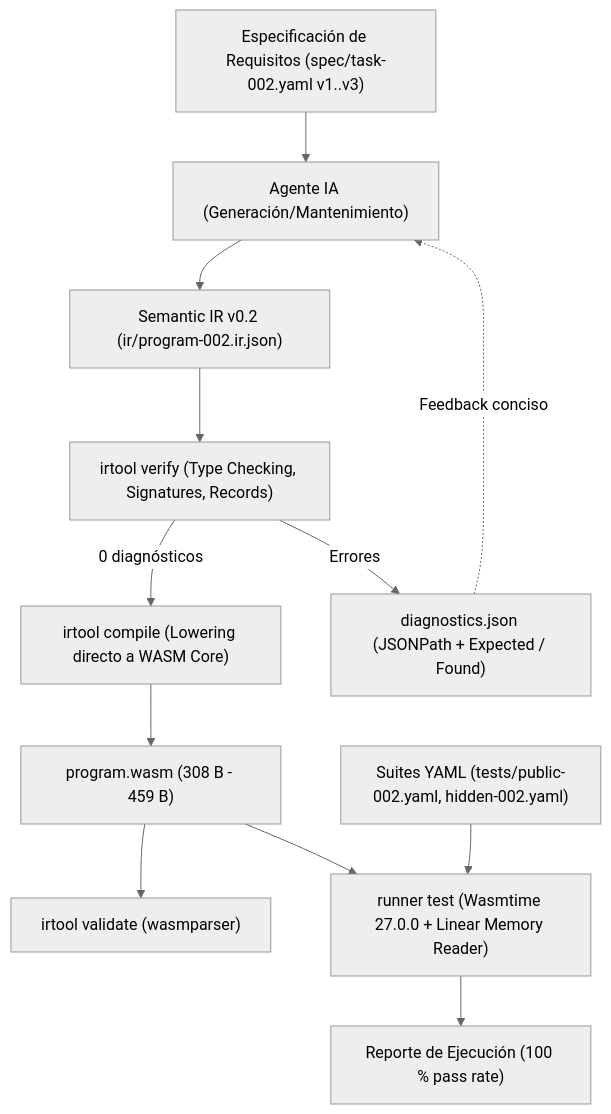
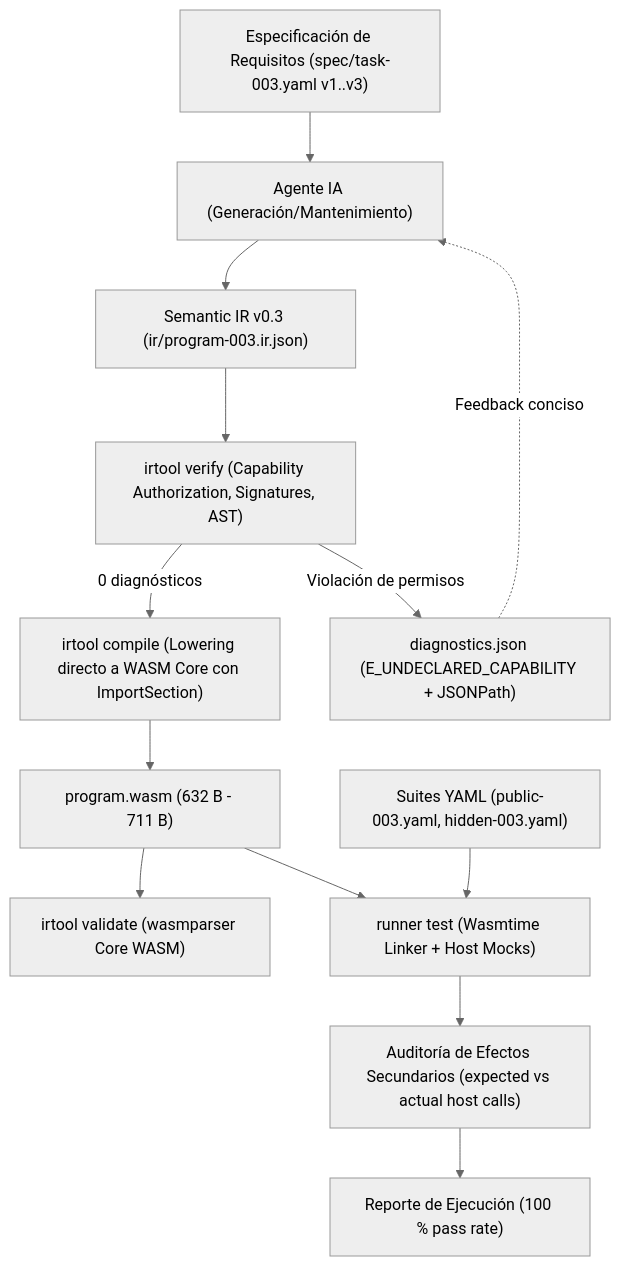
The diagram in knowledge/delivery/poc-report.md (Trycatch-tv/poc-agent-native), drawn with Mermaid (neutral theme) before and after one commit. The commit also changed other lines of this file and 5 other files, not shown here.

````diff
--- a/knowledge/delivery/poc-report.md
+++ b/knowledge/delivery/poc-report.md
@@ -72,14 +91,15 @@
 ```mermaid
 flowchart TD
-    SPEC["Especificación de Requisitos (spec/task-002.yaml v1..v3)"] --> AGENT["Agente IA (Generación/Mantenimiento)"]
-    AGENT --> IR["Semantic IR v0.2 (ir/program-002.ir.json)"]
-    IR --> VER["irtool verify (Type Checking, Signatures, Records)"]
-    VER -->|0 diagnósticos| COM["irtool compile (Lowering directo a WASM Core)"]
-    VER -->|Errores| DIAG["diagnostics.json (JSONPath + Expected / Found)"]
+    SPEC["Especificación de Requisitos (spec/task-003.yaml v1..v3)"] --> AGENT["Agente IA (Generación/Mantenimiento)"]
+    AGENT --> IR["Semantic IR v0.3 (ir/program-003.ir.json)"]
+    IR --> VER["irtool verify (Capability Authorization, Signatures, AST)"]
+    VER -->|0 diagnósticos| COM["irtool compile (Lowering directo a WASM Core con ImportSection)"]
+    VER -->|Violación de permisos| DIAG["diagnostics.json (E_UNDECLARED_CAPABILITY + JSONPath)"]
     DIAG -.->|Feedback conciso| AGENT
-    COM --> WASM["program.wasm (308 B - 459 B)"]
-    WASM --> VAL["irtool validate (wasmparser)"]
-    WASM --> RUN["runner test (Wasmtime 27.0.0 + Linear Memory Reader)"]
-    SUITE["Suites YAML (tests/public-002.yaml, hidden-002.yaml)"] --> RUN
-    RUN --> REP["Reporte de Ejecución (100 % pass rate)"]
+    COM --> WASM["program.wasm (632 B - 711 B)"]
+    WASM --> VAL["irtool validate (wasmparser Core WASM)"]
+    WASM --> RUN["runner test (Wasmtime Linker + Host Mocks)"]
+    SUITE["Suites YAML (public-003.yaml, hidden-003.yaml)"] --> RUN
+    RUN --> AUDIT["Auditoría de Efectos Secundarios (expected vs actual host calls)"]
+    AUDIT --> REP["Reporte de Ejecución (100 % pass rate)"]
 ```
````
